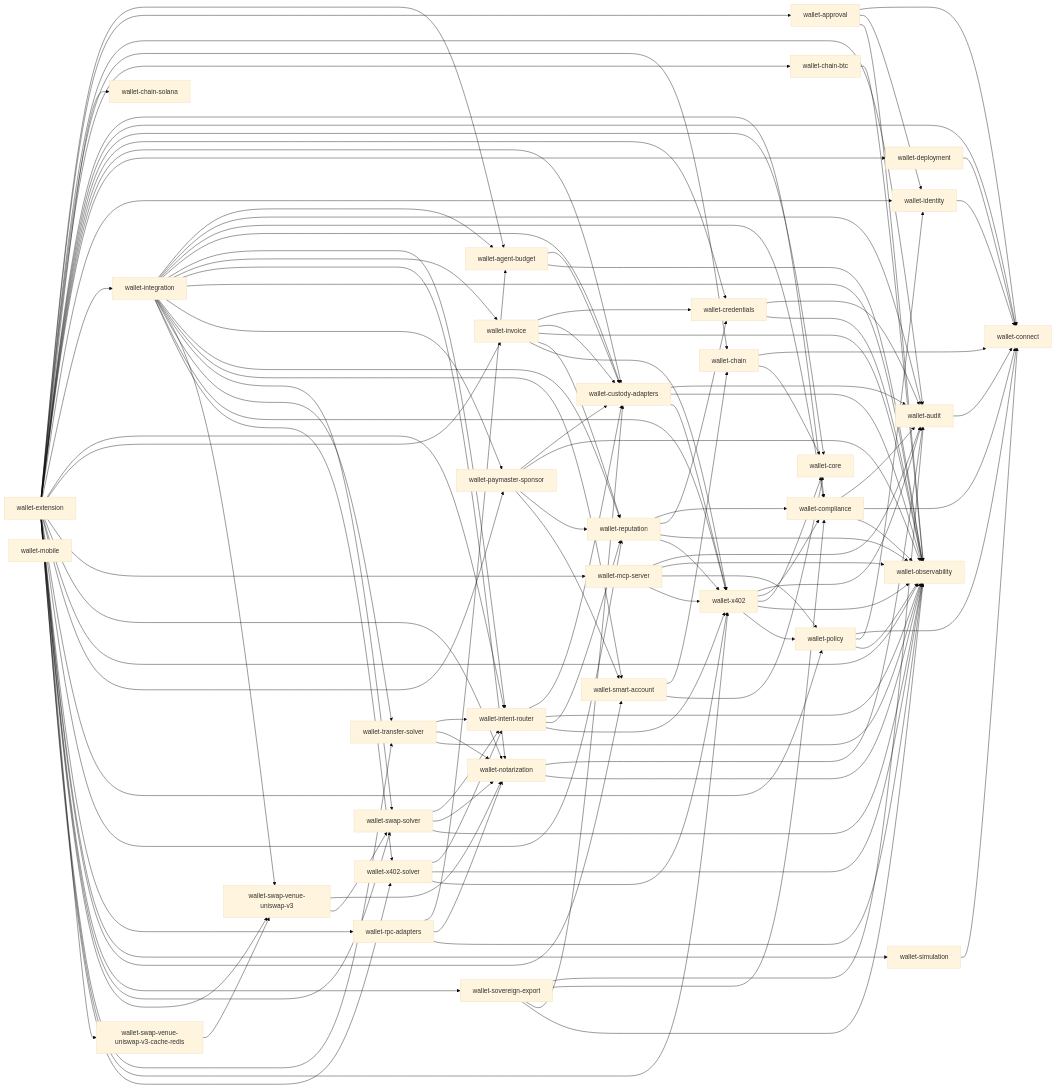
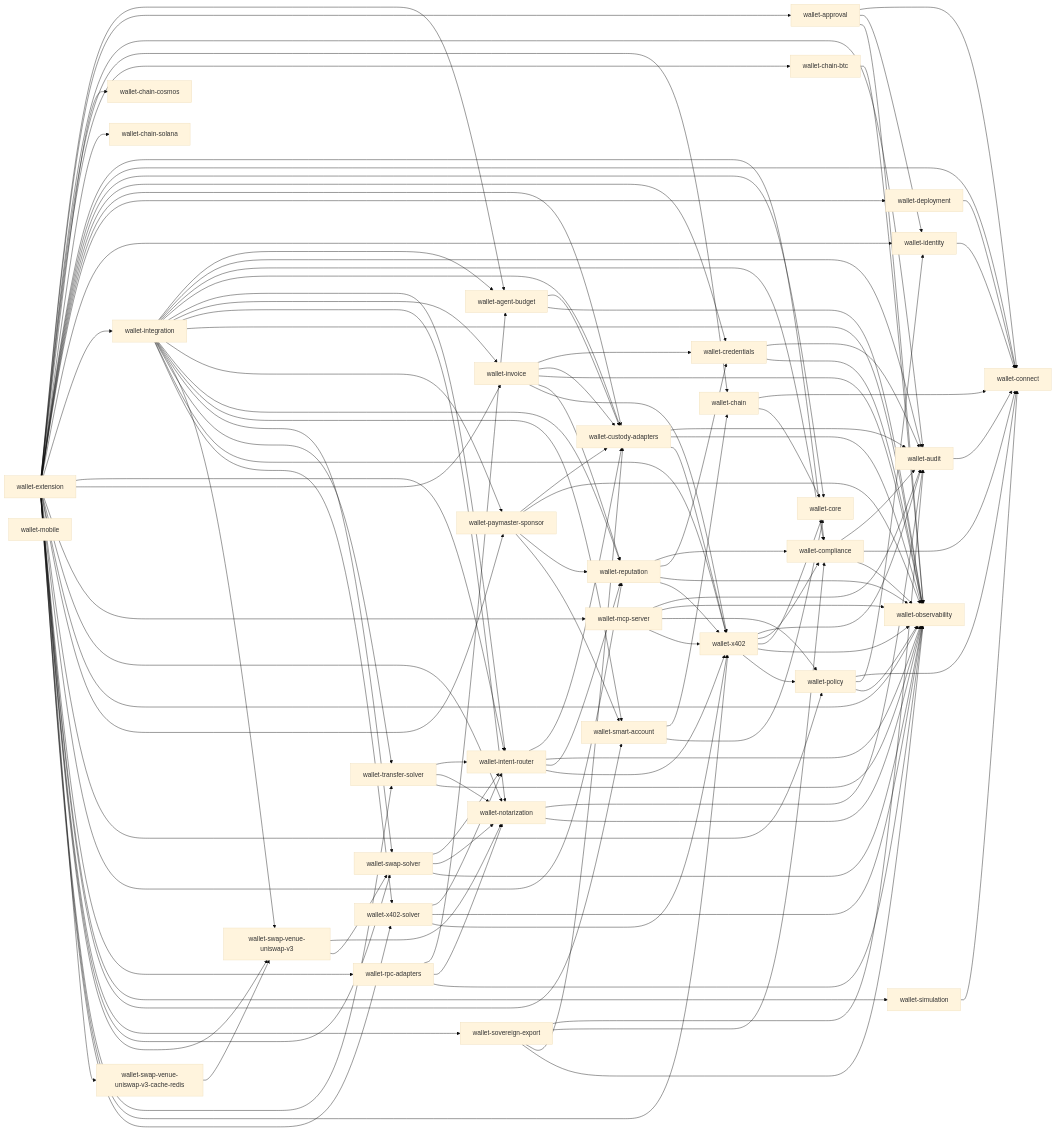
Before and after one commit to aethelred-foundation/wallet: the diagram in reports/workspace-deps.mmd, drawn with Mermaid (base theme). The commit also changed 1 other file, not shown here.

Commit message:
chore(reports): regenerate workspace dep graph for chain-cosmos package

```diff
--- a/reports/workspace-deps.mmd
+++ b/reports/workspace-deps.mmd
@@ -1,126 +1,128 @@
 flowchart LR
   wallet-agent-budget --> wallet-custody-adapters
   wallet-agent-budget --> wallet-observability
   wallet-approval --> wallet-connect
   wallet-approval --> wallet-identity
   wallet-approval --> wallet-observability
   wallet-audit --> wallet-connect
   wallet-chain --> wallet-connect
   wallet-chain --> wallet-core
   wallet-chain-btc --> wallet-observability
+  wallet-chain-cosmos
   wallet-chain-solana
   wallet-compliance --> wallet-audit
   wallet-compliance --> wallet-connect
   wallet-compliance --> wallet-observability
   wallet-connect
   wallet-core
   wallet-credentials --> wallet-audit
   wallet-credentials --> wallet-observability
   wallet-custody-adapters --> wallet-audit
   wallet-custody-adapters --> wallet-observability
   wallet-custody-adapters --> wallet-x402
   wallet-deployment --> wallet-connect
   wallet-extension --> wallet-agent-budget
   wallet-extension --> wallet-approval
   wallet-extension --> wallet-audit
   wallet-extension --> wallet-chain
   wallet-extension --> wallet-chain-btc
+  wallet-extension --> wallet-chain-cosmos
   wallet-extension --> wallet-chain-solana
   wallet-extension --> wallet-compliance
   wallet-extension --> wallet-connect
   wallet-extension --> wallet-core
   wallet-extension --> wallet-credentials
   wallet-extension --> wallet-custody-adapters
   wallet-extension --> wallet-deployment
   wallet-extension --> wallet-identity
   wallet-extension --> wallet-integration
   wallet-extension --> wallet-intent-router
   wallet-extension --> wallet-invoice
   wallet-extension --> wallet-mcp-server
   wallet-extension --> wallet-notarization
   wallet-extension --> wallet-observability
   wallet-extension --> wallet-paymaster-sponsor
   wallet-extension --> wallet-policy
   wallet-extension --> wallet-reputation
   wallet-extension --> wallet-rpc-adapters
   wallet-extension --> wallet-simulation
   wallet-extension --> wallet-smart-account
   wallet-extension --> wallet-sovereign-export
   wallet-extension --> wallet-swap-solver
   wallet-extension --> wallet-swap-venue-uniswap-v3
   wallet-extension --> wallet-swap-venue-uniswap-v3-cache-redis
   wallet-extension --> wallet-transfer-solver
   wallet-extension --> wallet-x402
   wallet-extension --> wallet-x402-solver
   wallet-identity --> wallet-connect
   wallet-integration --> wallet-agent-budget
   wallet-integration --> wallet-audit
   wallet-integration --> wallet-compliance
   wallet-integration --> wallet-custody-adapters
   wallet-integration --> wallet-intent-router
   wallet-integration --> wallet-invoice
   wallet-integration --> wallet-notarization
   wallet-integration --> wallet-observability
   wallet-integration --> wallet-paymaster-sponsor
   wallet-integration --> wallet-reputation
   wallet-integration --> wallet-smart-account
   wallet-integration --> wallet-swap-solver
   wallet-integration --> wallet-swap-venue-uniswap-v3
   wallet-integration --> wallet-transfer-solver
   wallet-integration --> wallet-x402
   wallet-integration --> wallet-x402-solver
   wallet-intent-router --> wallet-custody-adapters
   wallet-intent-router --> wallet-observability
   wallet-intent-router --> wallet-reputation
   wallet-intent-router --> wallet-x402
   wallet-invoice --> wallet-credentials
   wallet-invoice --> wallet-custody-adapters
   wallet-invoice --> wallet-observability
   wallet-invoice --> wallet-reputation
   wallet-invoice --> wallet-x402
   wallet-mcp-server --> wallet-audit
   wallet-mcp-server --> wallet-observability
   wallet-mcp-server --> wallet-policy
   wallet-mcp-server --> wallet-x402
   wallet-mobile
   wallet-notarization --> wallet-audit
   wallet-notarization --> wallet-observability
   wallet-observability
   wallet-paymaster-sponsor --> wallet-custody-adapters
   wallet-paymaster-sponsor --> wallet-observability
   wallet-paymaster-sponsor --> wallet-reputation
   wallet-paymaster-sponsor --> wallet-smart-account
   wallet-policy --> wallet-connect
   wallet-policy --> wallet-identity
   wallet-policy --> wallet-observability
   wallet-reputation --> wallet-compliance
   wallet-reputation --> wallet-credentials
   wallet-reputation --> wallet-observability
   wallet-reputation --> wallet-x402
   wallet-rpc-adapters --> wallet-agent-budget
   wallet-rpc-adapters --> wallet-notarization
   wallet-rpc-adapters --> wallet-observability
   wallet-simulation --> wallet-connect
   wallet-smart-account --> wallet-chain
   wallet-smart-account --> wallet-core
   wallet-sovereign-export --> wallet-audit
   wallet-sovereign-export --> wallet-compliance
   wallet-sovereign-export --> wallet-custody-adapters
   wallet-sovereign-export --> wallet-observability
   wallet-swap-solver --> wallet-intent-router
   wallet-swap-solver --> wallet-notarization
   wallet-swap-solver --> wallet-observability
   wallet-swap-venue-uniswap-v3 --> wallet-notarization
   wallet-swap-venue-uniswap-v3 --> wallet-swap-solver
   wallet-swap-venue-uniswap-v3-cache-redis --> wallet-swap-venue-uniswap-v3
   wallet-transfer-solver --> wallet-intent-router
   wallet-transfer-solver --> wallet-notarization
   wallet-transfer-solver --> wallet-observability
   wallet-x402 --> wallet-audit
   wallet-x402 --> wallet-compliance
   wallet-x402 --> wallet-core
   wallet-x402 --> wallet-observability
   wallet-x402 --> wallet-policy
   wallet-x402-solver --> wallet-intent-router
   wallet-x402-solver --> wallet-observability
   wallet-x402-solver --> wallet-x402
```
